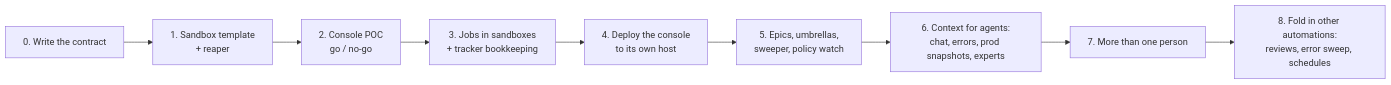
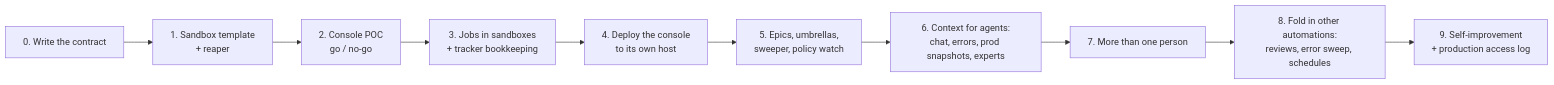
One commit to alairock/agent-console-spec changed the diagram in docs/11-build-order.md. Above: the diagram before and after it, drawn with Mermaid. The commit also changed other lines of this file and 15 other files, not shown here.

First line of the commit message:
Self-improvement and the production access log

````diff
--- a/docs/11-build-order.md
+++ b/docs/11-build-order.md
@@ -8,11 +8,12 @@
 ```mermaid
 flowchart LR
   P0["0. Write the contract"] --> P1["1. Sandbox template<br/>+ reaper"]
   P1 --> P2["2. Console POC<br/>go / no-go"]
   P2 --> P3["3. Jobs in sandboxes<br/>+ tracker bookkeeping"]
   P3 --> P4["4. Deploy the console<br/>to its own host"]
   P4 --> P5["5. Epics, umbrellas,<br/>sweeper, policy watch"]
   P5 --> P6["6. Context for agents:<br/>chat, errors, prod snapshots, experts"]
   P6 --> P7["7. More than one person"]
   P7 --> P8["8. Fold in other automations:<br/>reviews, error sweep, schedules"]
+  P8 --> P9["9. Self-improvement<br/>+ production access log"]
 ```
````
